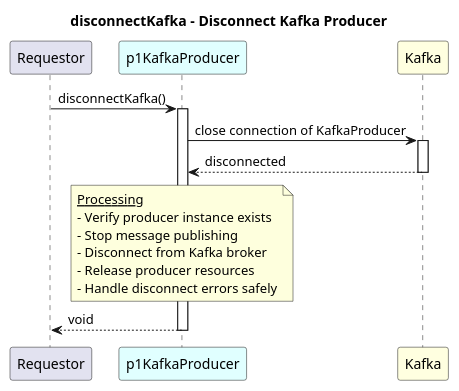
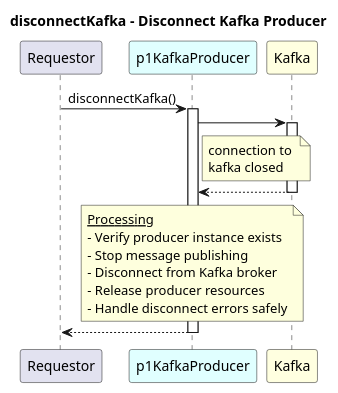
One commit to openBackhaul/ApplicationPattern changed the diagram in spec/genericFunctions/applicationPattern/KafkaProducerService/diagrams/disconnectKafka.plantuml. Above: the diagram before and after it, drawn with PlantUML. The commit also changed 17 other files, not shown here.

Commit message:
minor updates in diagrams

```diff
--- a/spec/genericFunctions/applicationPattern/KafkaProducerService/diagrams/disconnectKafka.plantuml
+++ b/spec/genericFunctions/applicationPattern/KafkaProducerService/diagrams/disconnectKafka.plantuml
@@ -1,33 +1,37 @@
 @startuml producerDisconnectKafka
 skinparam responseMessageBelowArrow true
 
 title
 disconnectKafka – Disconnect Kafka Producer
 end title
 
 participant "Requestor" as requestor
 participant "p1KafkaProducer" as disconnect #LightCyan
 participant "Kafka" as kafka #LightYellow
 
 requestor -> disconnect: disconnectKafka()
 activate disconnect
 
-disconnect -> kafka: close connection of KafkaProducer
+disconnect -> kafka
 activate kafka
+note right of disconnect
+connection to 
+kafka closed
+end note
 
-kafka --> disconnect: disconnected
+kafka --> disconnect
 deactivate kafka
 
 note over disconnect
   <u>Processing</u>
   - Verify producer instance exists  
   - Stop message publishing  
   - Disconnect from Kafka broker  
   - Release producer resources  
   - Handle disconnect errors safely
 end note
 
-disconnect --> requestor: void
+disconnect --> requestor
 deactivate disconnect
 
 @enduml
```
